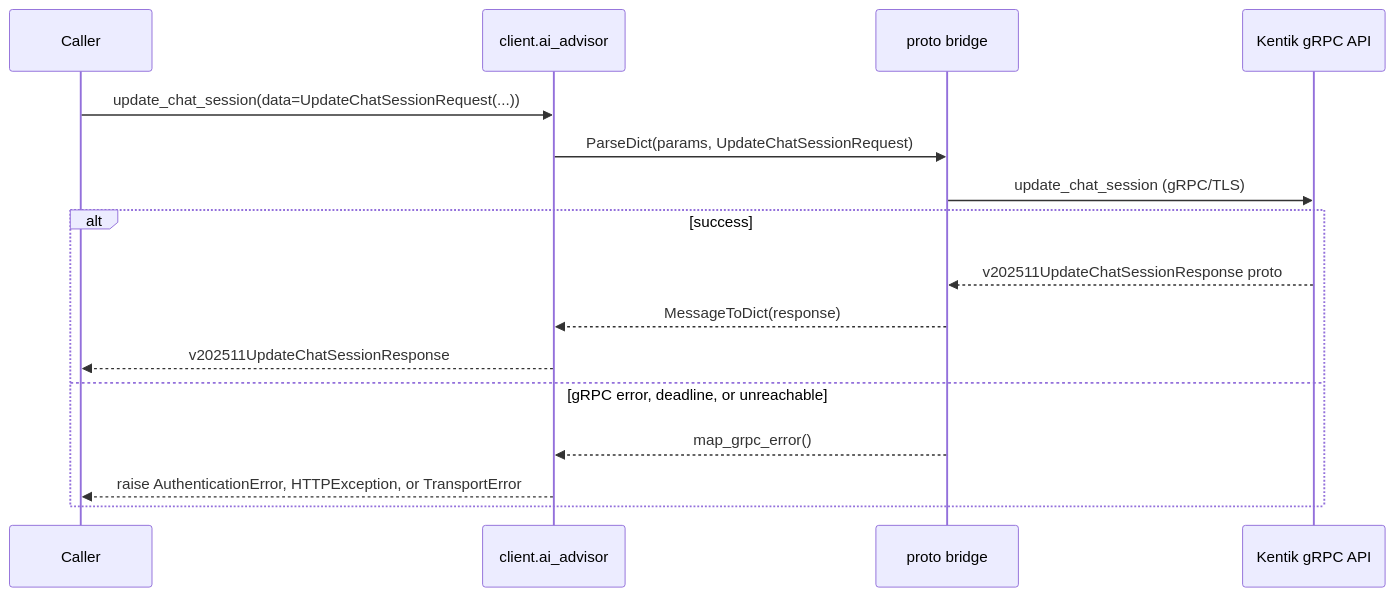
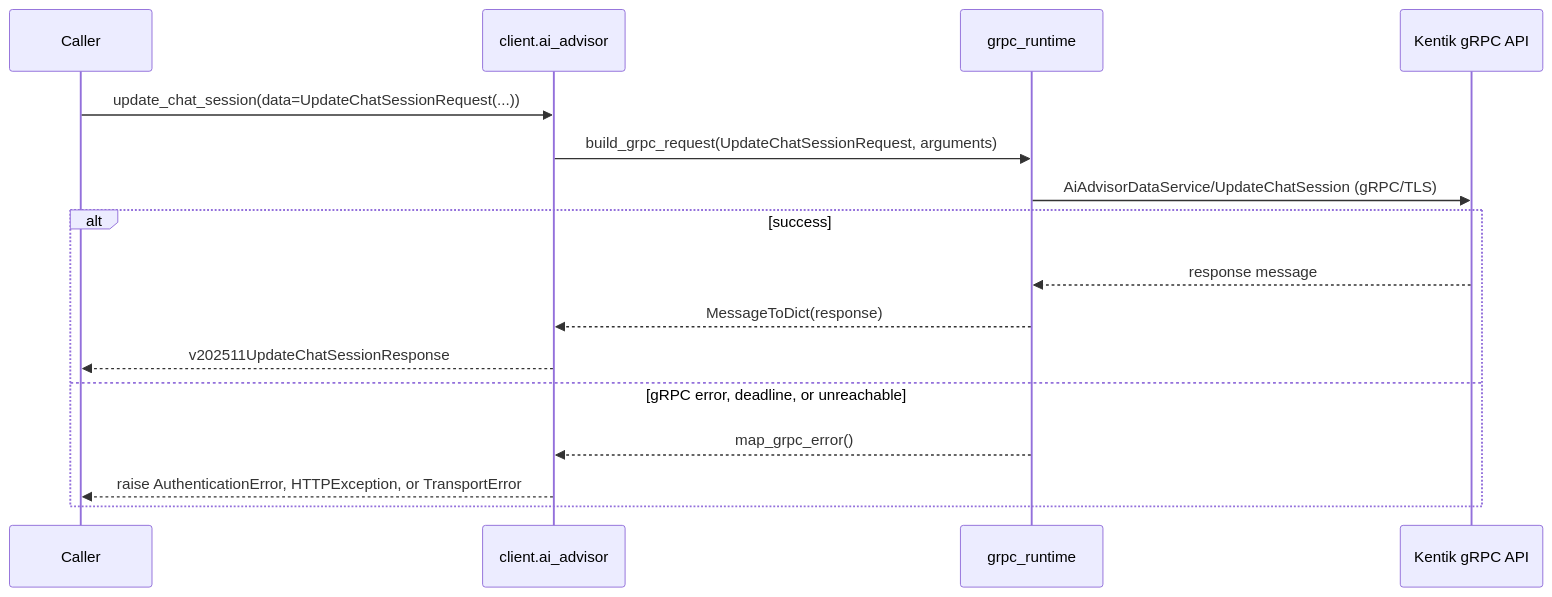
The fifth of 8 diagrams in docs/sphinx/services/ai_advisor.md (alexdearaujo/community_sdk_python), drawn with Mermaid before and after one commit. The commit also changed other lines of this file and 37 other files, not shown here.

First line of the commit message:
docs: show the real RPC in each service page's gRPC diagram

````diff
--- a/docs/sphinx/services/ai_advisor.md
+++ b/docs/sphinx/services/ai_advisor.md
@@ -135,19 +135,19 @@
 ```mermaid
 sequenceDiagram
     participant C as Caller
     participant W as client.ai_advisor
-    participant B as proto bridge
+    participant R as grpc_runtime
     participant API as Kentik gRPC API
 
     C->>W: update_chat_session(data=UpdateChatSessionRequest(...))
-    W->>B: ParseDict(params, UpdateChatSessionRequest)
-    B->>API: update_chat_session (gRPC/TLS)
+    W->>R: build_grpc_request(UpdateChatSessionRequest, arguments)
+    R->>API: AiAdvisorDataService/UpdateChatSession (gRPC/TLS)
     alt success
-        API-->>B: v202511UpdateChatSessionResponse proto
-        B-->>W: MessageToDict(response)
+        API-->>R: response message
+        R-->>W: MessageToDict(response)
         W-->>C: v202511UpdateChatSessionResponse
     else gRPC error, deadline, or unreachable
-        B-->>W: map_grpc_error()
+        R-->>W: map_grpc_error()
         W-->>C: raise AuthenticationError, HTTPException, or TransportError
     end
 ```
````
